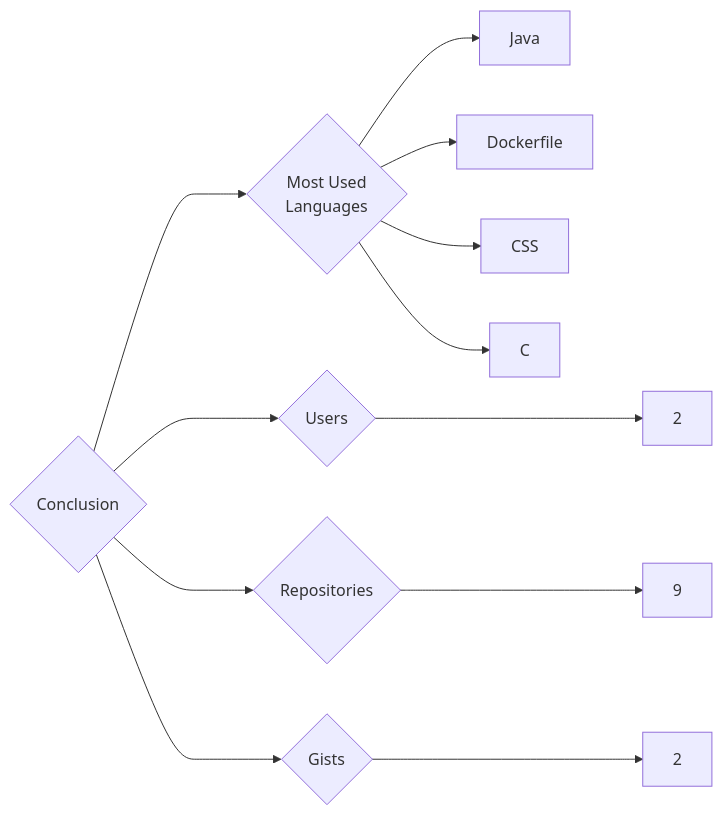
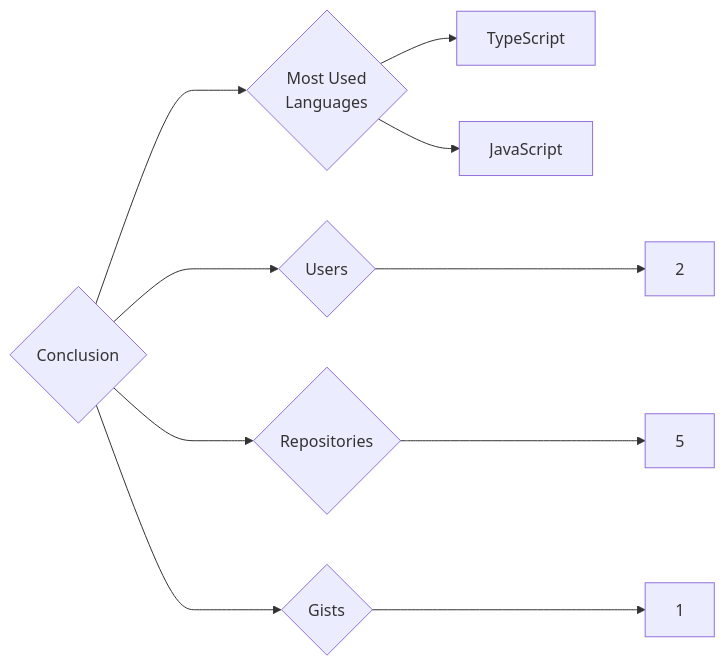
Before and after one commit to trickest/insiders: the diagram in targets/Conclusion/README.md, drawn with Mermaid. The commit also changed 985 other files, not shown here.

````diff
--- a/targets/Conclusion/README.md
+++ b/targets/Conclusion/README.md
@@ -3,12 +3,10 @@
 ```mermaid
 graph LR
 COMPANY_NAME{Conclusion}
 COMPANY_NAME ---> U{Users} ---> UN[2]
-COMPANY_NAME ---> R{Repositories} ---> RN[9]
-COMPANY_NAME ---> G{Gists} ---> GN[2]
+COMPANY_NAME ---> R{Repositories} ---> RN[5]
+COMPANY_NAME ---> G{Gists} ---> GN[1]
 COMPANY_NAME ---> ML{Most Used<br>Languages}
-ML --> Java[Java]
-ML --> Dockerfile[Dockerfile]
-ML --> CSS[CSS]
-ML --> C[C]
+ML --> TypeScript[TypeScript]
+ML --> JavaScript[JavaScript]
 ```
````
